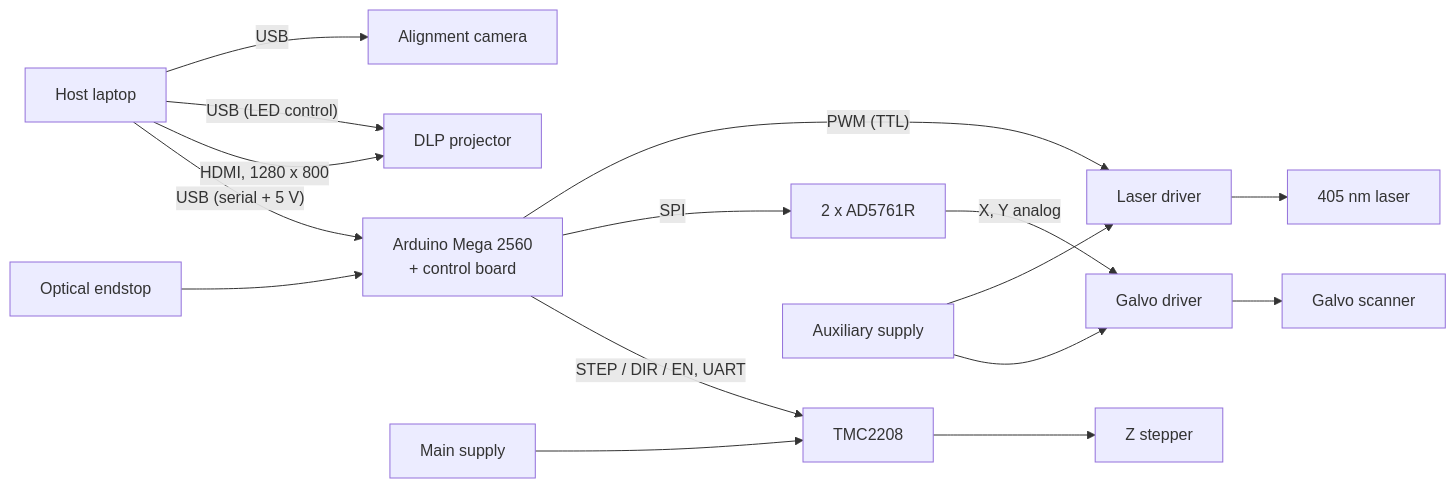
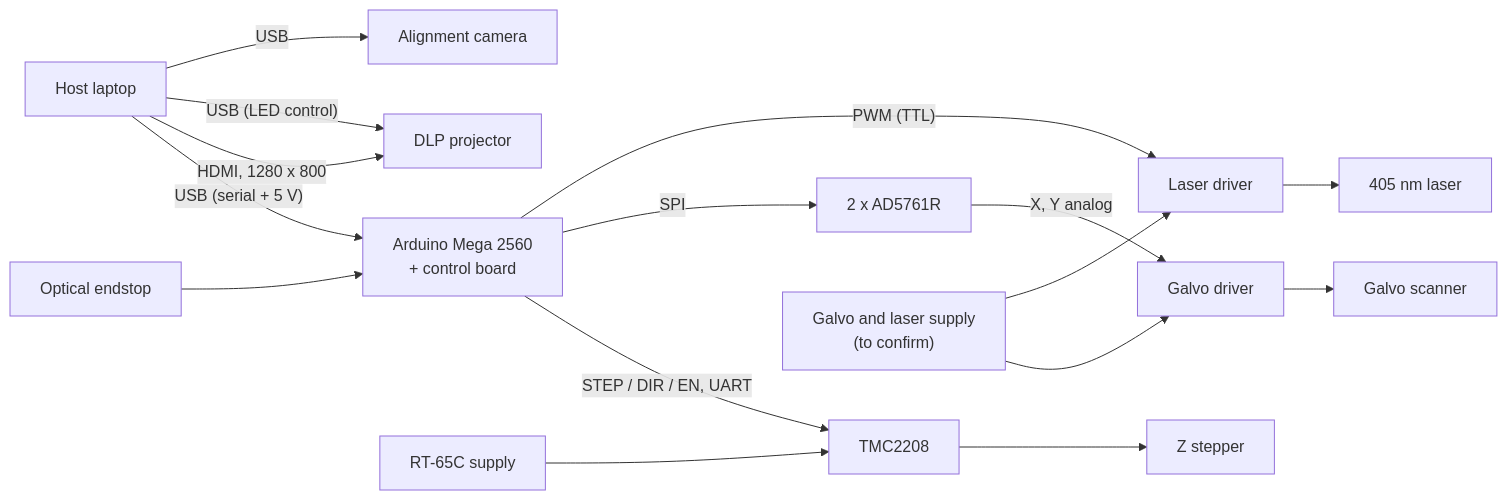
The diagram in docs/build/wiring.md (xmiao8/HybridMASC), drawn with Mermaid before and after one commit. The commit also changed other lines of this file and 3 other files, not shown here.

First line of the commit message:
Parts list: name the galvo kit, laser module, stepper driver and power supply

````diff
--- a/docs/build/wiring.md
+++ b/docs/build/wiring.md
@@ -5,14 +5,14 @@
 ```mermaid
 flowchart LR
     H["Host laptop"] -- "USB (serial + 5 V)" --> M["Arduino Mega 2560<br/>+ control board"]
     H -- "HDMI, 1280 x 800" --> J["DLP projector"]
     H -- "USB (LED control)" --> J
     H -- "USB" --> C["Alignment camera"]
     M -- "STEP / DIR / EN, UART" --> D["TMC2208"] --> Z["Z stepper"]
     E["Optical endstop"] --> M
     M -- "SPI" --> DAC["2 x AD5761R"] -- "X, Y analog" --> GD["Galvo driver"] --> G["Galvo scanner"]
     M -- "PWM (TTL)" --> LD["Laser driver"] --> L["405 nm laser"]
-    P1["Main supply"] --> D
-    P2["Auxiliary supply"] --> GD
+    P1["RT-65C supply"] --> D
+    P2["Galvo and laser supply<br/>(to confirm)"] --> GD
     P2 --> LD
 ```
````
